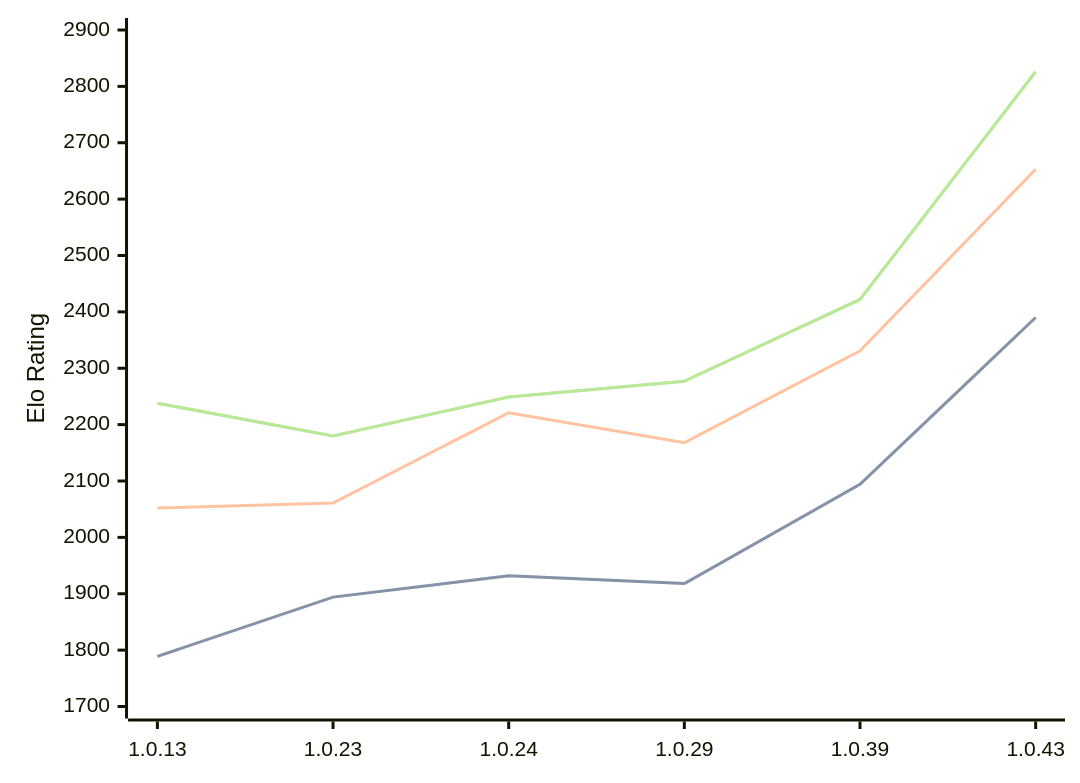
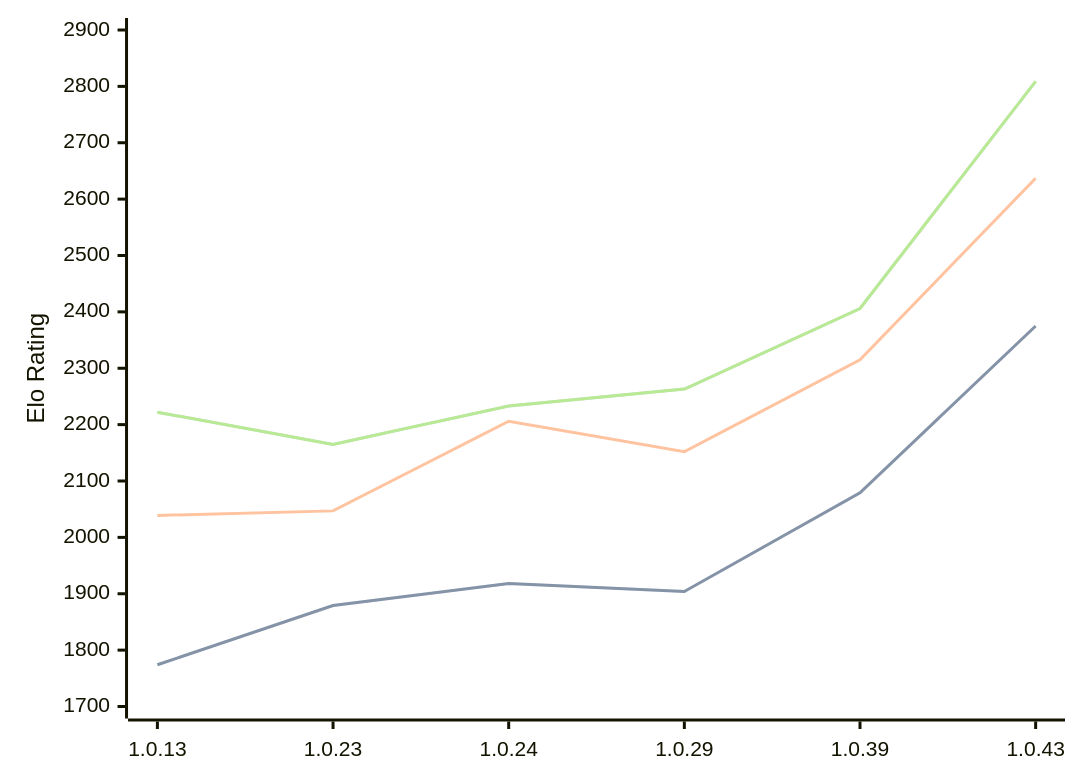
The diagram in engines/RustyRival.md (computer-chess-index/cci), drawn with Mermaid before and after one commit. The commit also changed other lines of this file, not shown here.

Commit message:
Update CCI Ratings (ELO VLTC) - 2026-05-20

````diff
--- a/engines/RustyRival.md
+++ b/engines/RustyRival.md
@@ -68,11 +68,11 @@
 ```mermaid
 %%{init: {"theme":"base","themeVariables":{"seriesColors:['#a3a3a3','#222221','#faa371']}}}%%
 xychart-beta
   x-axis ["1.0.13", "1.0.23", "1.0.24", "1.0.29", "1.0.39", "1.0.43"]
   y-axis "Elo Rating" 1700 --> 2900
-  line "STC (8.0+0.08s)" [1789, 1894, 1932, 1918, 2094, 2390]
-  line "STC (8.0+0.08s)" [1789, 1894, 1932, 1918, 2094, 2390]
-  line "LTC (60.0+0.60s)" [2052, 2061, 2221, 2168, 2331, 2653]
-  line "VLTC (2m24s+1.12s)" [2238, 2180, 2249, 2277, 2422, 2826]
-  line "VLTC (2m24s+1.12s)" [2238, 2180, 2249, 2277, 2422, 2826]
+  line "STC (8.0+0.08s)" [1774, 1879, 1918, 1904, 2079, 2375]
+  line "STC (8.0+0.08s)" [1774, 1879, 1918, 1904, 2079, 2375]
+  line "LTC (60.0+0.60s)" [2039, 2047, 2206, 2152, 2315, 2637]
+  line "VLTC (2m24s+1.12s)" [2222, 2165, 2233, 2263, 2406, 2809]
+  line "VLTC (2m24s+1.12s)" [2222, 2165, 2233, 2263, 2406, 2809]
 ```
````
